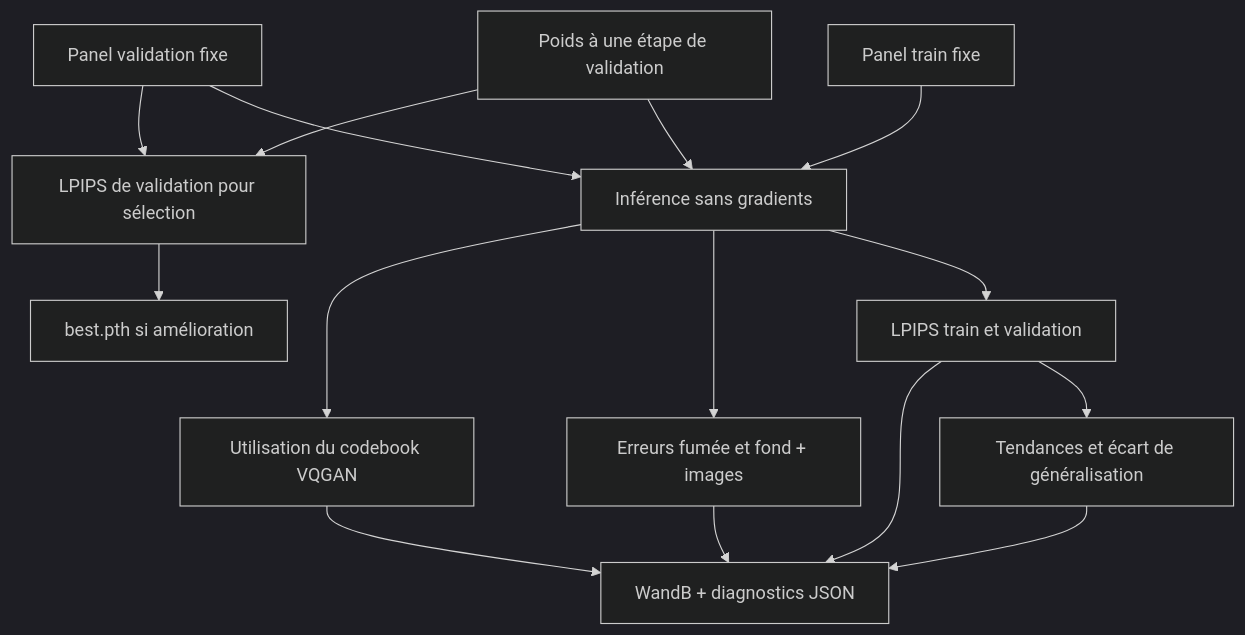
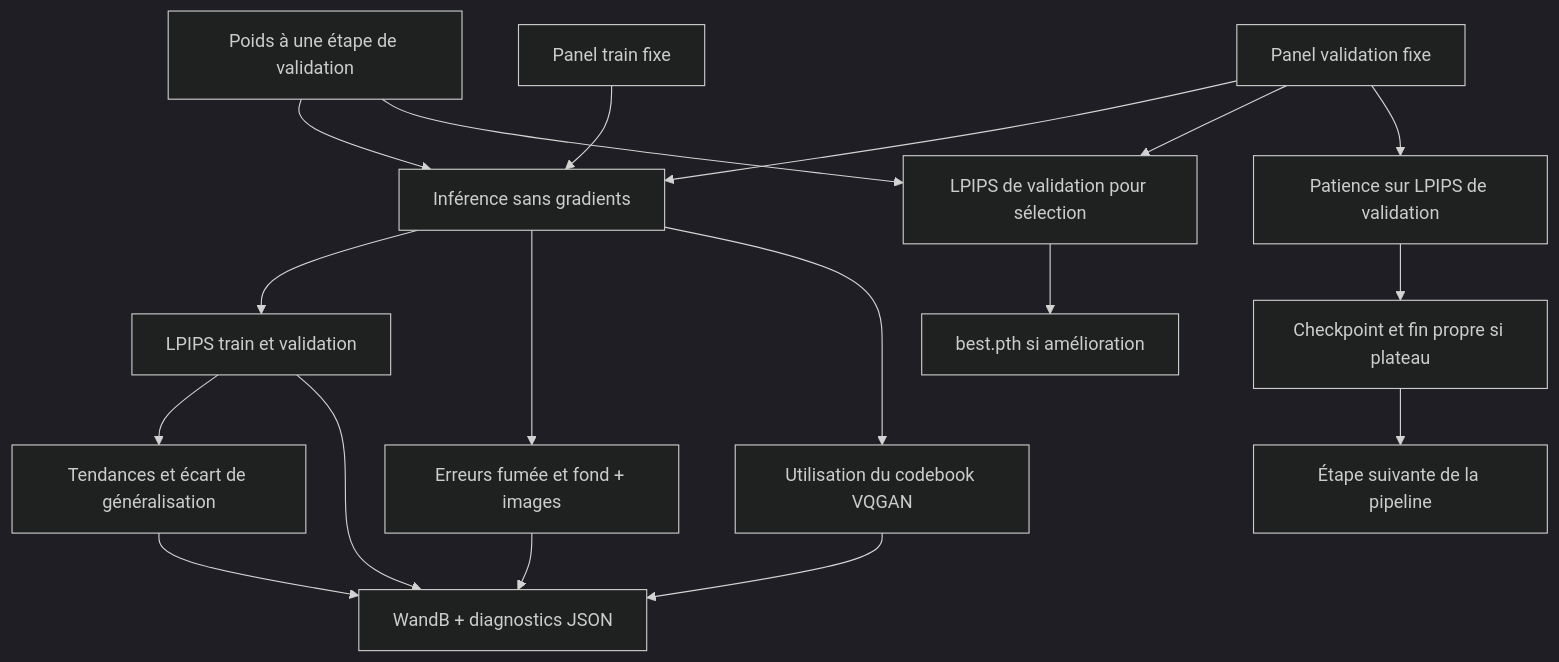
One commit to omdrift/Modelisation-panaches-de-fum-es-industrielles-par-Flow-Matching changed the third of 4 diagrams in doc/ARCHITECTURE.md. Above: the diagram before and after it, drawn with Mermaid (dark theme). The commit also changed other lines of this file and 22 other files, not shown here.

First line of the commit message:
Stop learned models on validation LPIPS plateaus (#7)

````diff
--- a/doc/ARCHITECTURE.md
+++ b/doc/ARCHITECTURE.md
@@ -48,17 +48,20 @@
 ```mermaid
 flowchart TD
     A[Poids à une étape de validation] --> B[Inférence sans gradients]
     T[Panel train fixe] --> B
     V[Panel validation fixe] --> B
     B --> C[LPIPS train et validation]
     B --> D[Erreurs fumée et fond + images]
     B --> E[Utilisation du codebook VQGAN]
     C --> F[Tendances et écart de généralisation]
     V --> G[LPIPS de validation pour sélection]
     A --> G
     G --> H[best.pth si amélioration]
+    V --> P[Patience sur LPIPS de validation]
+    P --> R[Checkpoint et fin propre si plateau]
+    R --> S[Étape suivante de la pipeline]
     C --> J[WandB + diagnostics JSON]
     D --> J
     E --> J
     F --> J
 ```
````
